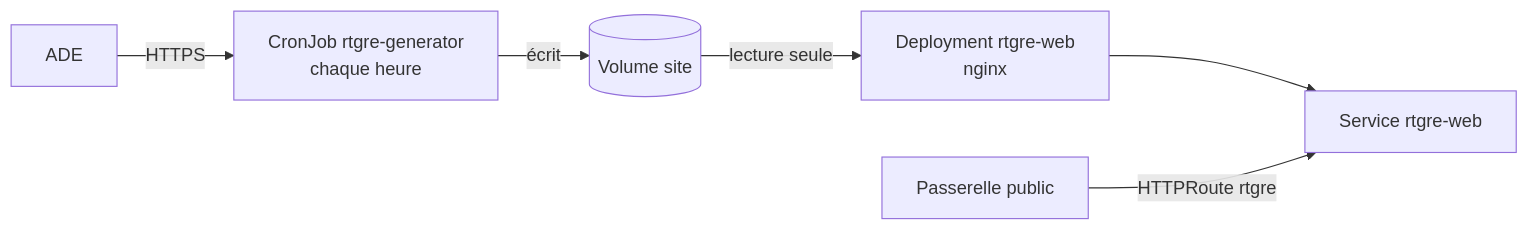
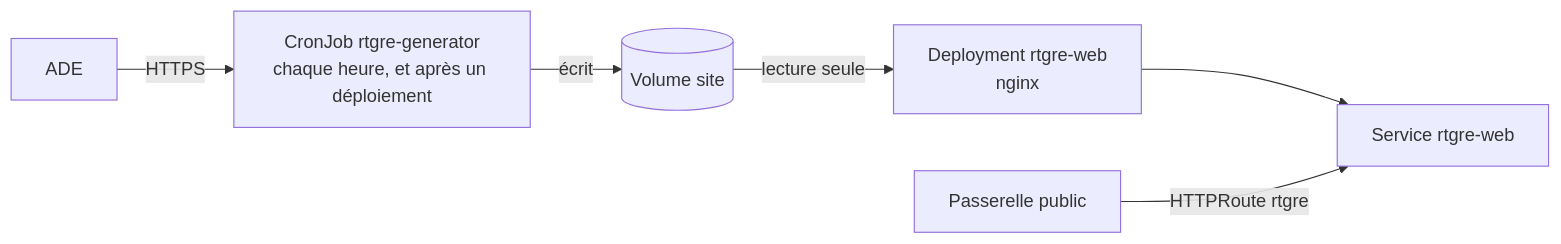
Before and after one commit to kzsxwsjuldvcbsqt/rtgre-platform: the diagram in kubernetes/rtgre/README.md, drawn with Mermaid. The commit also changed other lines of this file and 5 other files, not shown here.

First line of the commit message:
feat(rtgre): génère le site à la fin de chaque déploiement

````diff
--- a/kubernetes/rtgre/README.md
+++ b/kubernetes/rtgre/README.md
@@ -5,8 +5,8 @@
 ```mermaid
 flowchart LR
-    ADE[ADE] -->|HTTPS| G[CronJob rtgre-generator<br>chaque heure]
+    ADE[ADE] -->|HTTPS| G[CronJob rtgre-generator<br>chaque heure, et après un déploiement]
     G -->|écrit| V[(Volume site)]
     V -->|lecture seule| W[Deployment rtgre-web<br>nginx]
     W --> S[Service rtgre-web]
     P[Passerelle public] -->|HTTPRoute rtgre| S
 ```
````
